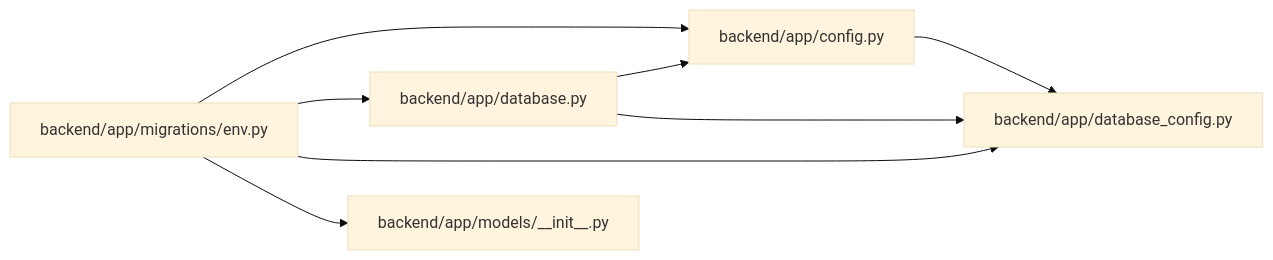
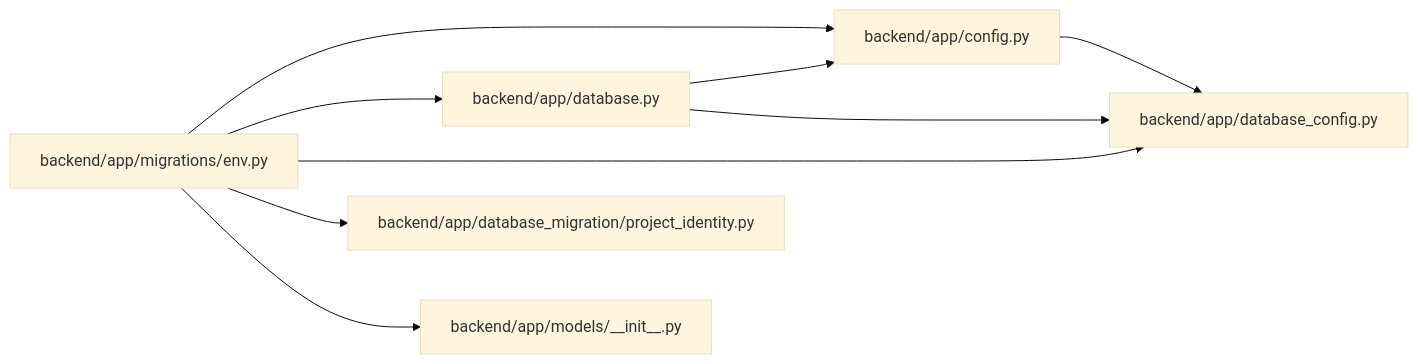
Before and after one commit to Denissvgn/WorkChord: the diagram in docs/llm_wiki/modules/migrations_env.md, drawn with Mermaid (base theme). The commit also changed other lines of this file and 10148 other files, not shown here.

````diff
--- a/docs/llm_wiki/modules/migrations_env.md
+++ b/docs/llm_wiki/modules/migrations_env.md
@@ -24,20 +25,23 @@
 ```mermaid
 flowchart LR
     n0["backend/app/config.py"]
     n1["backend/app/database.py"]
     n2["backend/app/database_config.py"]
-    n3["backend/app/migrations/env.py"]
-    n4["backend/app/models/__init__.py"]
+    n3["backend/app/database_migration/project_identity.py"]
+    n4["backend/app/migrations/env.py"]
+    n5["backend/app/models/__init__.py"]
     n0 --> n2
     n1 --> n0
     n1 --> n2
-    n3 --> n0
-    n3 --> n1
-    n3 --> n2
-    n3 --> n4
+    n4 --> n0
+    n4 --> n1
+    n4 --> n2
+    n4 --> n3
+    n4 --> n5
     click n0 "../modules/config.md"
     click n1 "../modules/app_database.md"
     click n2 "../modules/database_config.md"
-    click n3 "../modules/migrations_env.md"
-    click n4 "../modules/models___init__.md"
+    click n3 "../modules/project_identity.md"
+    click n4 "../modules/migrations_env.md"
+    click n5 "../modules/models___init__.md"
 ```
````
